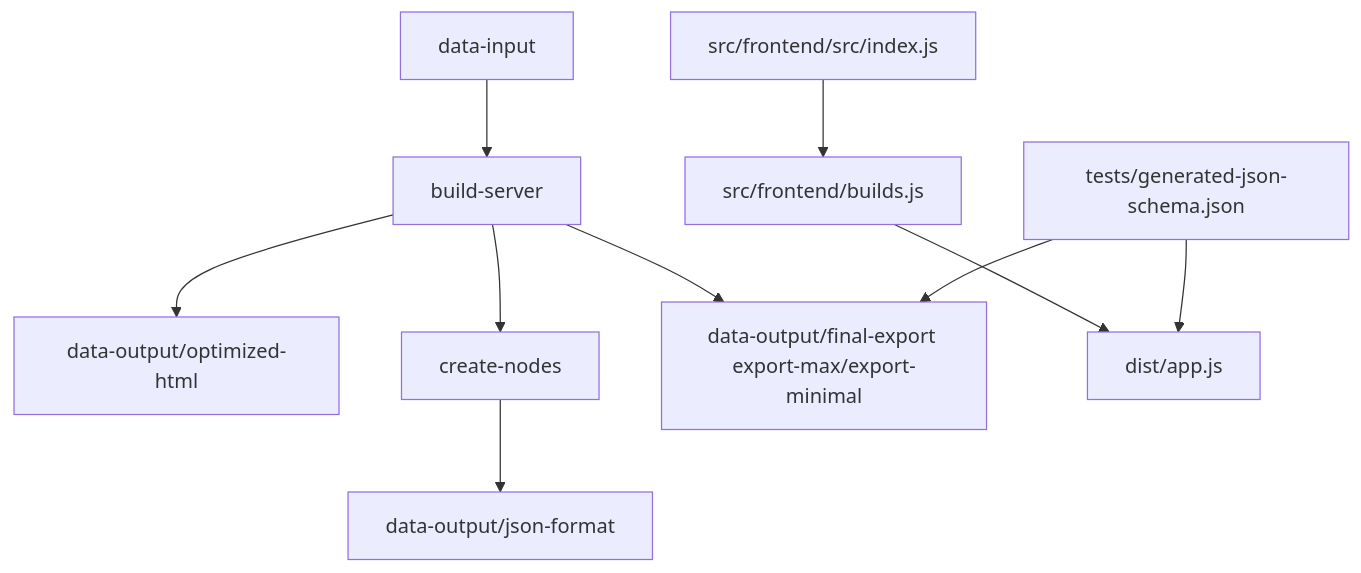
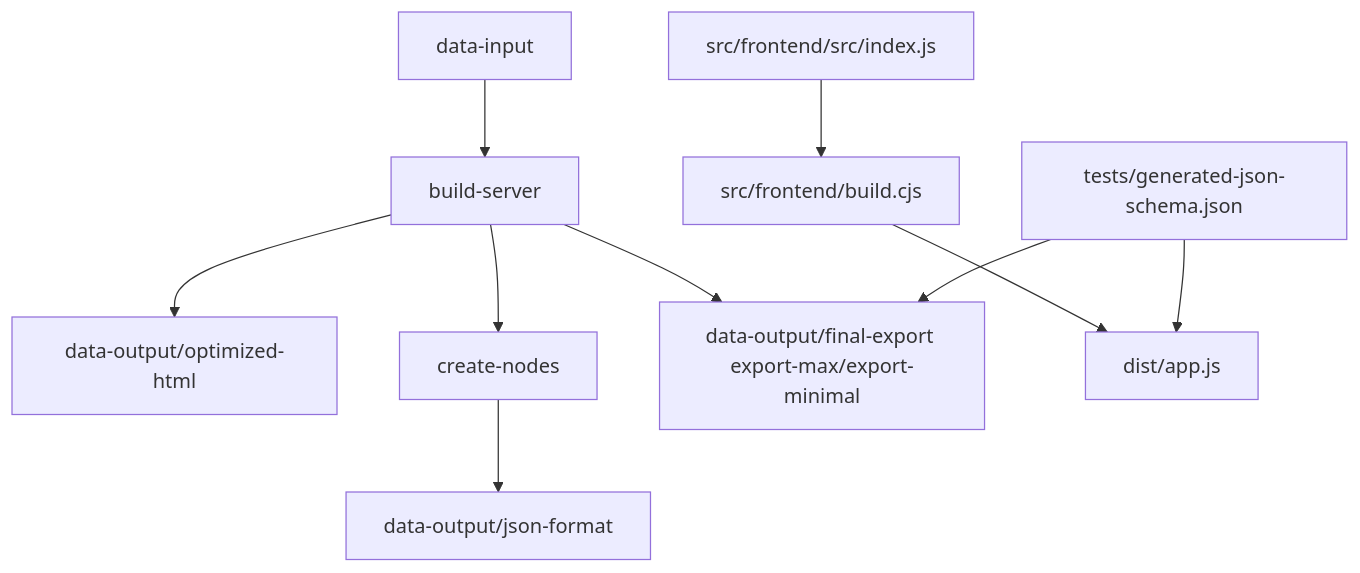
Before and after one commit to klipolis/fb-chat-export: the diagram in docs/developer-guide/folder-structure.md, drawn with Mermaid. The commit also changed 20 other files, not shown here.

````diff
--- a/docs/developer-guide/folder-structure.md
+++ b/docs/developer-guide/folder-structure.md
@@ -7,12 +7,12 @@
 ```mermaid
 flowchart TD
   A[data-input] --> B[build-server]
   B --> C[data-output/optimized-html]
   B --> D[create-nodes]
   D --> E[data-output/json-format]
   B --> F[data-output/final-export export-max/export-minimal]
-  G[src/frontend/src/index.js] --> H[src/frontend/builds.js]
+  G[src/frontend/src/index.js] --> H[src/frontend/build.cjs]
   H --> I[dist/app.js]
   J[tests/generated-json-schema.json] --> F
   J --> I
 ```
````
